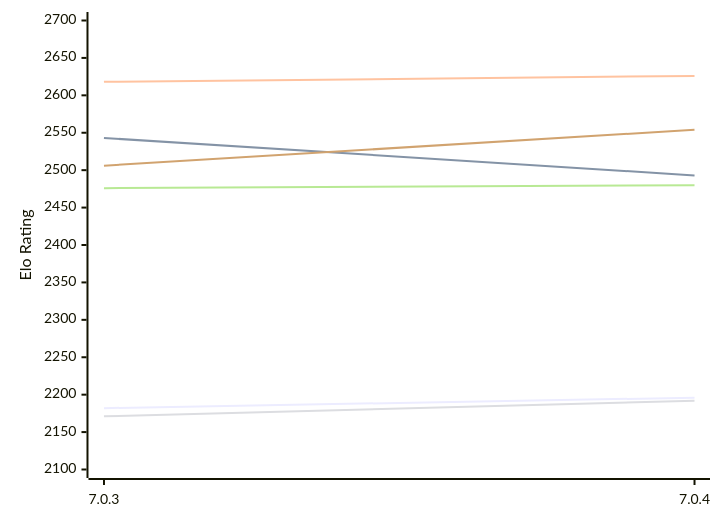
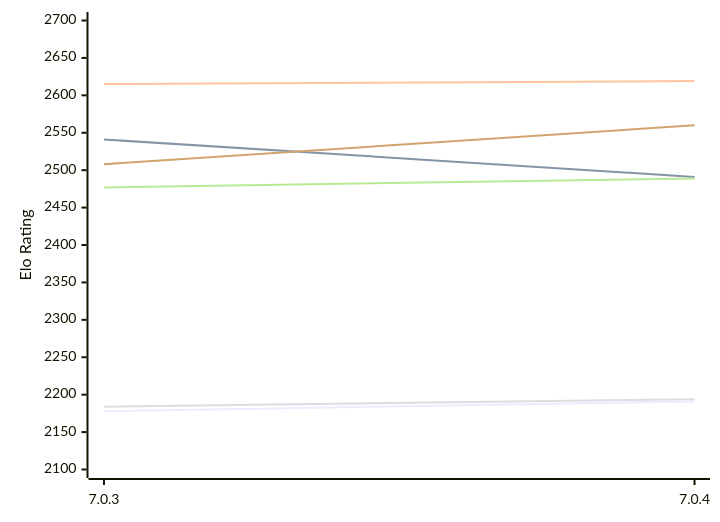
The diagram in engines/Buster.md (computer-chess-index/cci), drawn with Mermaid before and after one commit. The commit also changed other lines of this file, not shown here.

Commit message:
Update CCI Ratings (ELO VLTC) - 2026-11-21

````diff
--- a/engines/Buster.md
+++ b/engines/Buster.md
@@ -49,12 +49,12 @@
 ```mermaid
 %%{init: {"theme":"base","themeVariables":{"seriesColors:['#a3a3a3','#222221','#faa371']}}}%%
 xychart-beta
   x-axis ["7.0.3", "7.0.4"]
   y-axis "Elo Rating" 2100 --> 2700
-  line "E1: STC (8.0+0.08s)" [2182, 2196]
-  line "E1: LTC (60.0+0.60s)" [2543, 2493]
-  line "E1: VLTC (2m24s+1.12s)" [2618, 2626]
-  line "P1: STC (8.0+0.08s)" [2171, 2192]
-  line "P1: LTC (60.0+0.60s)" [2476, 2480]
-  line "P1: VLTC (2m24s+1.12s)" [2506, 2554]
+  line "E1: STC (8.0+0.08s)" [2178, 2191]
+  line "E1: LTC (60.0+0.60s)" [2541, 2491]
+  line "E1: VLTC (2m24s+1.12s)" [2615, 2619]
+  line "P1: STC (8.0+0.08s)" [2184, 2194]
+  line "P1: LTC (60.0+0.60s)" [2477, 2489]
+  line "P1: VLTC (2m24s+1.12s)" [2508, 2560]
 ```
````
